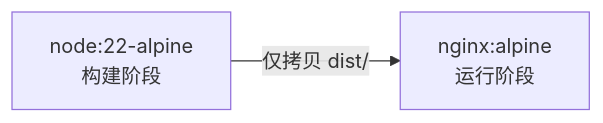
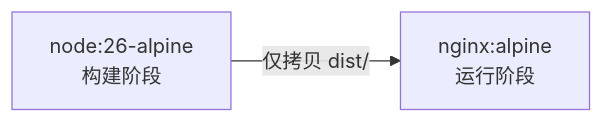
The diagram in docs/guide/deploy/docker/README.md (LyraVoid/Shirone-Docs), drawn with Mermaid before and after one commit. The commit also changed other lines of this file and 23 other files, not shown here.

````diff
--- a/docs/guide/deploy/docker/README.md
+++ b/docs/guide/deploy/docker/README.md
@@ -13,4 +13,4 @@
 ```mermaid
 flowchart LR
-    A["node:22-alpine<br/>构建阶段"] -->|仅拷贝 dist/| B["nginx:alpine<br/>运行阶段"]
+    A["node:26-alpine<br/>构建阶段"] -->|仅拷贝 dist/| B["nginx:alpine<br/>运行阶段"]
 ```
````
